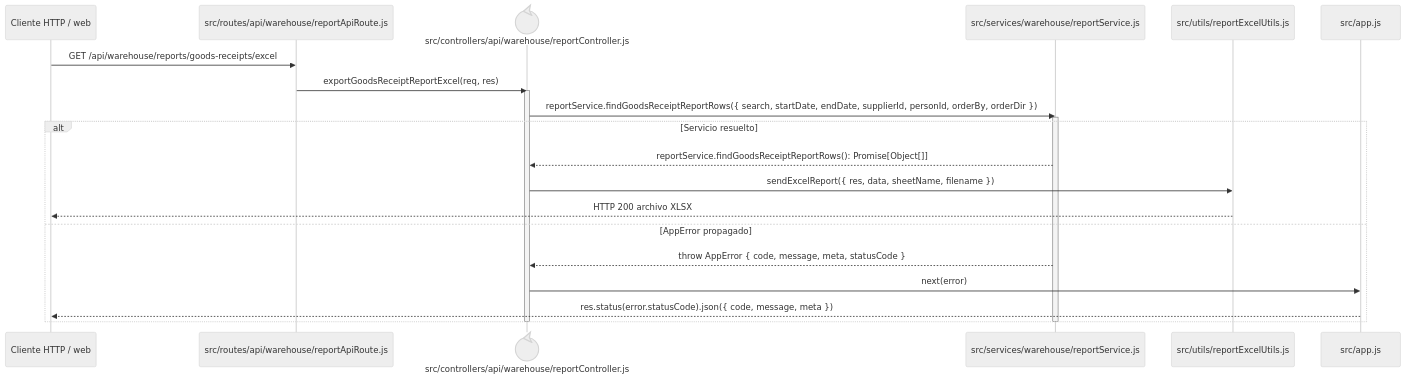
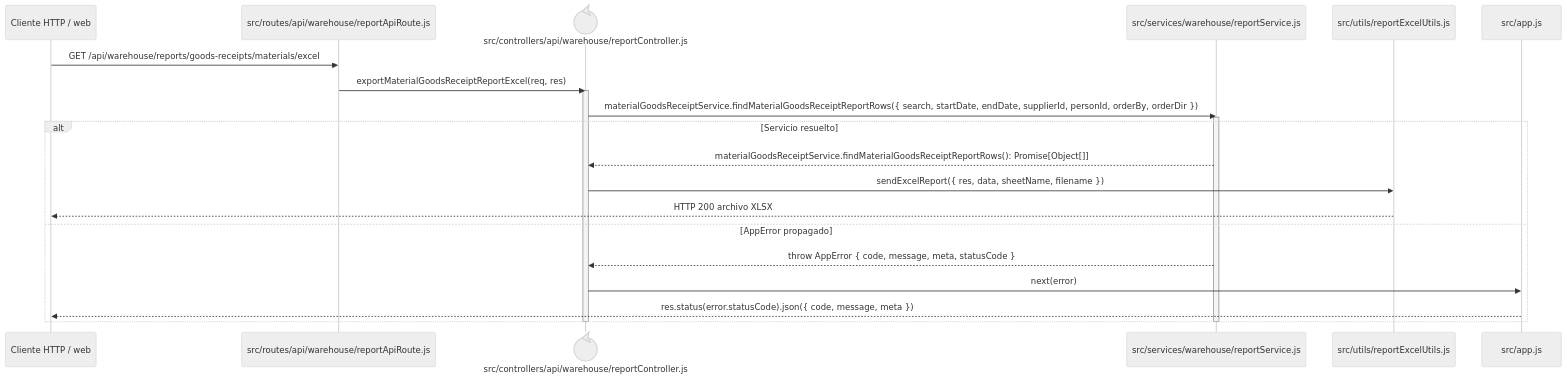
Before and after one commit to gpgsistemas01/nexus: the diagram in docs/architecture/views/processes/backend-code-sequences/purchases/cu-ent-06.md, drawn with Mermaid (neutral theme). The commit also changed 91 other files, not shown here.

````diff
--- a/docs/architecture/views/processes/backend-code-sequences/purchases/cu-ent-06.md
+++ b/docs/architecture/views/processes/backend-code-sequences/purchases/cu-ent-06.md
@@ -6,26 +6,26 @@
 ```mermaid
 sequenceDiagram
     participant Client as Cliente HTTP / web
     participant Route as src/routes/api/warehouse/reportApiRoute.js
     participant Controller@{ "type": "control" } as src/controllers/api/warehouse/reportController.js
     participant Query as src/services/warehouse/reportService.js
     participant Excel as src/utils/reportExcelUtils.js
     participant ErrorHandler as src/app.js
 
-    Client->>Route: GET /api/warehouse/reports/goods-receipts/excel
-    Route->>Controller: exportGoodsReceiptReportExcel(req, res)
+    Client->>Route: GET /api/warehouse/reports/goods-receipts/materials/excel
+    Route->>Controller: exportMaterialGoodsReceiptReportExcel(req, res)
     activate Controller
-    Controller->>Query: reportService.findGoodsReceiptReportRows({ search, startDate, endDate, supplierId, personId, orderBy, orderDir })
+    Controller->>Query: materialGoodsReceiptService.findMaterialGoodsReceiptReportRows({ search, startDate, endDate, supplierId, personId, orderBy, orderDir })
     activate Query
     alt Servicio resuelto
-        Query-->>Controller: reportService.findGoodsReceiptReportRows(): Promise[Object[]]
+        Query-->>Controller: materialGoodsReceiptService.findMaterialGoodsReceiptReportRows(): Promise[Object[]]
         Controller->>Excel: sendExcelReport({ res, data, sheetName, filename })
         Excel-->>Client: HTTP 200 archivo XLSX
     else AppError propagado
         Query-->>Controller: throw AppError { code, message, meta, statusCode }
         Controller->>ErrorHandler: next(error)
         ErrorHandler-->>Client: res.status(error.statusCode).json({ code, message, meta })
     end
     deactivate Query
     deactivate Controller
 ```
````
